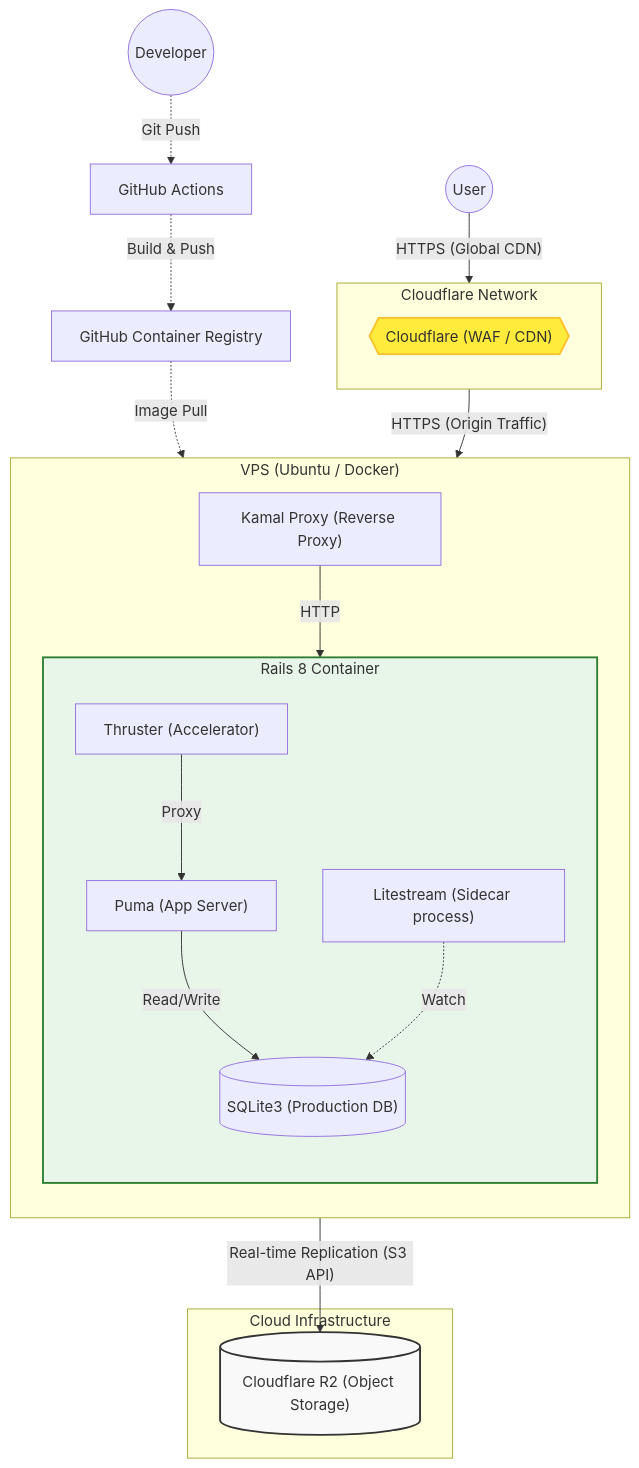
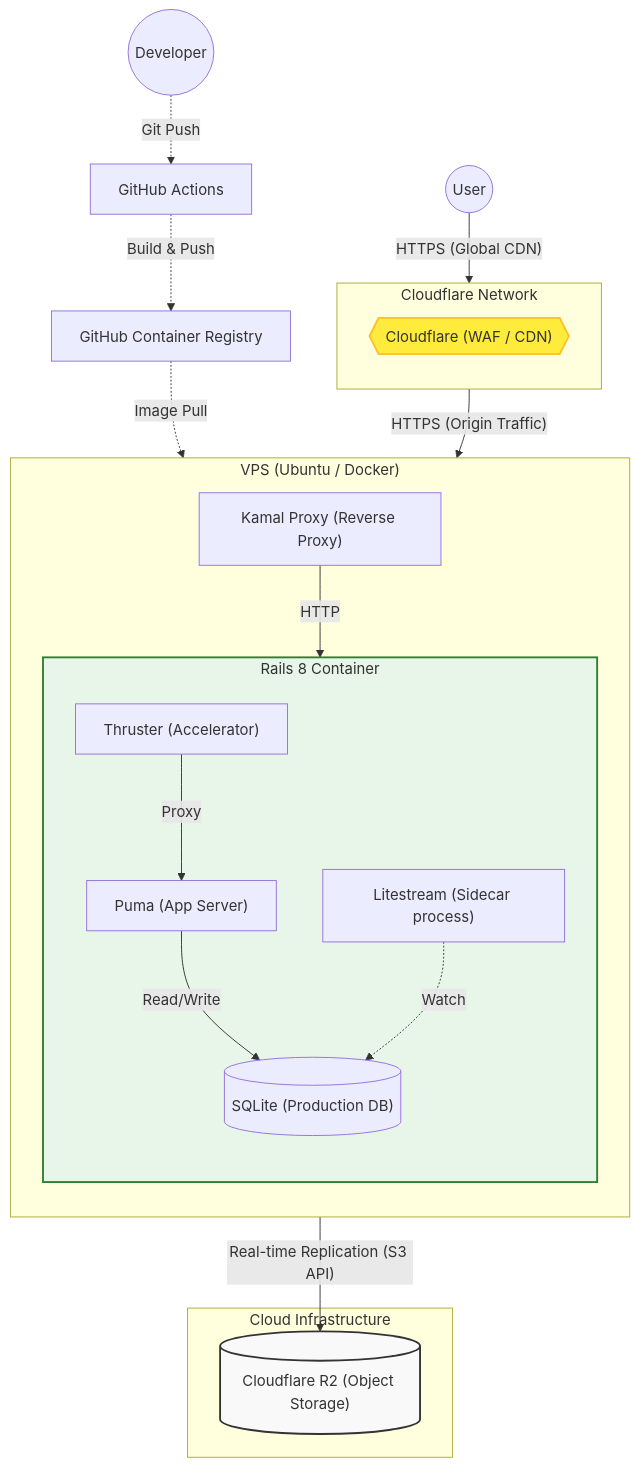
One commit to php8-study/php8-study-app changed the second of 2 diagrams in README.md. Above: the diagram before and after it, drawn with Mermaid.

Commit message:
SQLiteの表記揺れを解消

````diff
--- a/README.md
+++ b/README.md
@@ -202,42 +202,42 @@
 ```mermaid
 graph TD
     classDef cloud fill:#f9f9f9,stroke:#333,stroke-width:2px;
     classDef cf fill:#ffeb3b,stroke:#fbc02d,stroke-width:2px;
     classDef storage fill:#e1f5fe,stroke:#0277bd,stroke-width:2px;
     classDef app fill:#e8f5e9,stroke:#2e7d32,stroke-width:2px;
 
     User((User)) -->|"HTTPS (Global CDN)"| Cloudflare
 
     subgraph Security ["Cloudflare Network"]
         direction TB
         Cloudflare{{"Cloudflare (WAF / CDN)"}}:::cf
     end
 
     Cloudflare -->|"HTTPS (Origin Traffic)"| KamalProxy
 
     subgraph VPS ["VPS (Ubuntu / Docker)"]
         direction TB
         KamalProxy["Kamal Proxy (Reverse Proxy)"] -->|HTTP| Thruster
 
         subgraph AppContainer ["Rails 8 Container"]
             direction TB
             Thruster["Thruster (Accelerator)"] -->|Proxy| Puma["Puma (App Server)"]
-            Puma -->|"Read/Write"| SQLite[("SQLite3 (Production DB)")]
+            Puma -->|"Read/Write"| SQLite[("SQLite (Production DB)")]
 
             Litestream["Litestream (Sidecar process)"] -.->|Watch| SQLite
         end
     end
 
     subgraph Cloud ["Cloud Infrastructure"]
         R2[("Cloudflare R2 (Object Storage)")]:::storage
     end
 
     Litestream -->|"Real-time Replication (S3 API)"| R2
 
     Dev((Developer)) -.->|"Git Push"| GitHub["GitHub Actions"]
     GitHub -.->|"Build & Push"| Registry["GitHub Container Registry"]
     Registry -.->|"Image Pull"| VPS
 
     class R2 cloud
     class AppContainer app
 ```
````
